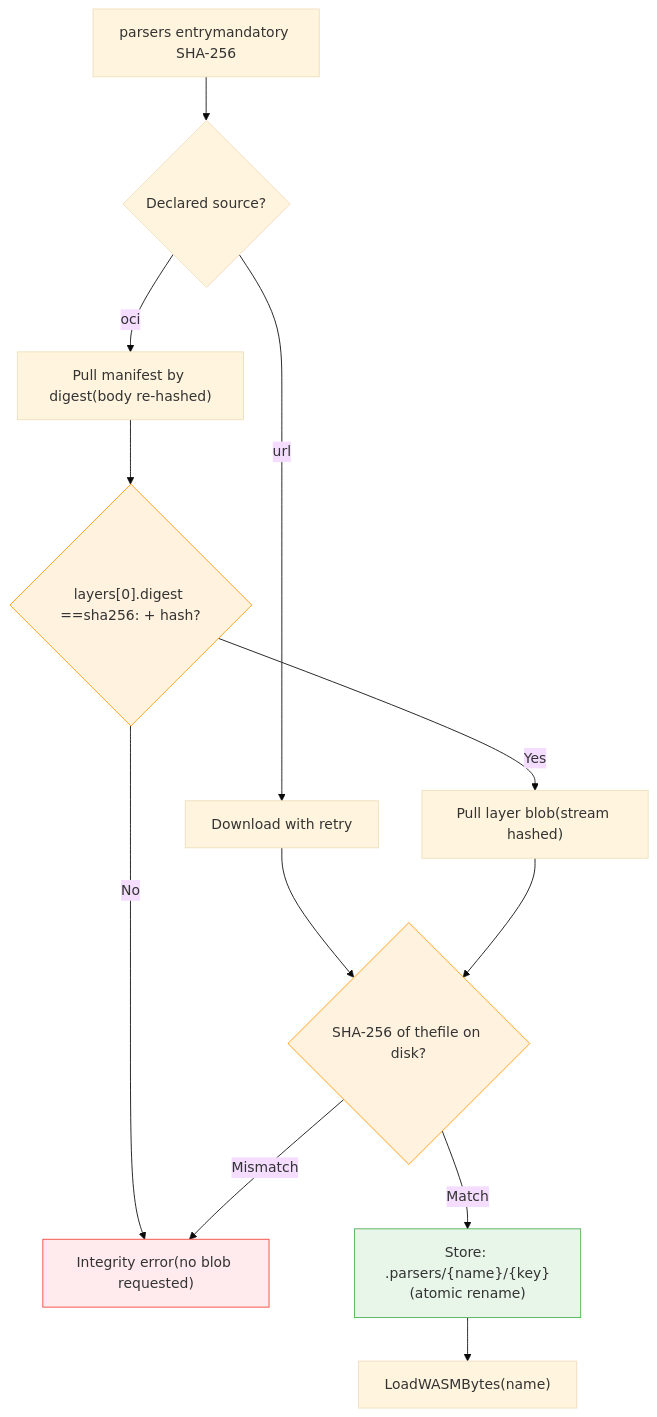
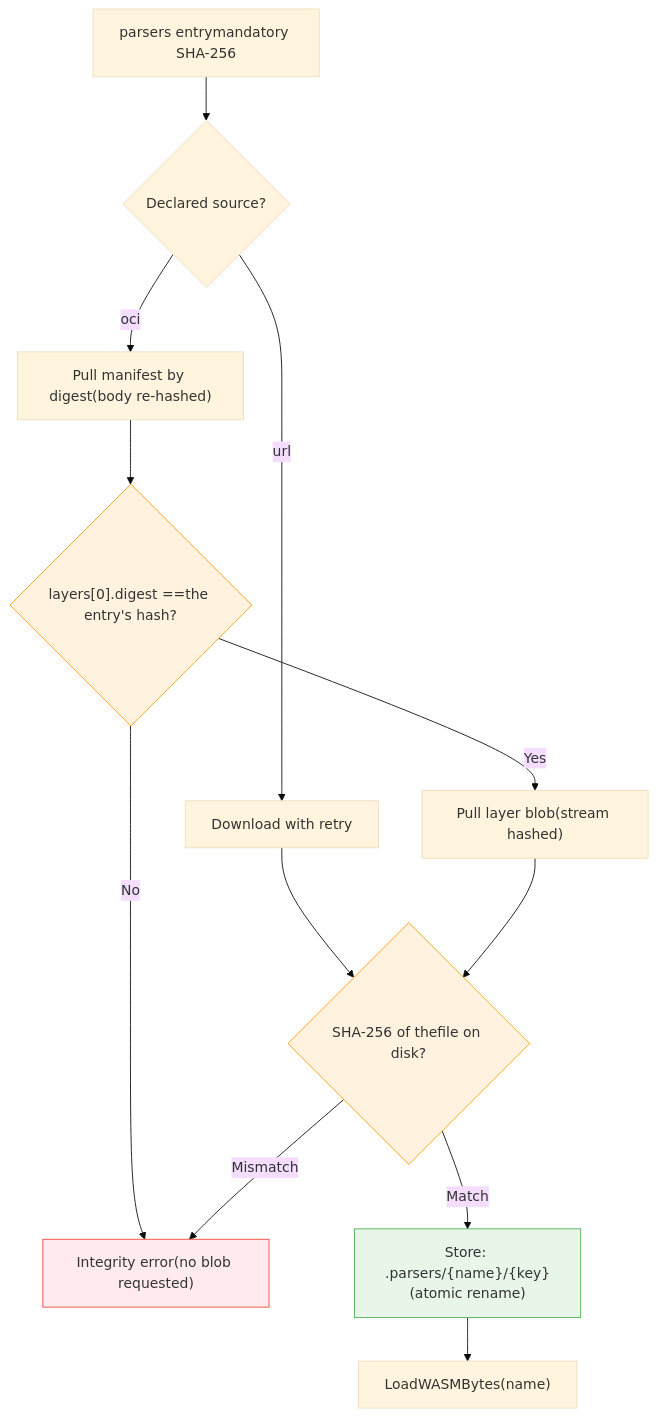
Before and after one commit to datamitsu/datamitsu: the third of 4 diagrams in internal/llmsdocs/embed/pages/guides/architecture/parsers.md, drawn with Mermaid (base theme). The commit also changed other lines of this file and 169 other files, not shown here.

First line of the commit message:
refactor(digest)!: unify every hash behind internal/digest with canonical alg:value pins (#369)

````diff
--- a/internal/llmsdocs/embed/pages/guides/architecture/parsers.md
+++ b/internal/llmsdocs/embed/pages/guides/architecture/parsers.md
@@ -607,19 +607,19 @@
 ```mermaid
 graph TD
     P["parsers entrymandatory SHA-256"] --> K{"Declared source?"}
     K -->|"url"| H["Download with retry"]
     K -->|"oci"| M["Pull manifest by digest(body re-hashed)"]
-    M --> C{"layers[0].digest ==sha256: + hash?"}
+    M --> C{"layers[0].digest ==the entry's hash?"}
     C -->|"No"| X["Integrity error(no blob requested)"]
     C -->|"Yes"| B["Pull layer blob(stream hashed)"]
     H --> V{"SHA-256 of thefile on disk?"}
     B --> V
     V -->|"Mismatch"| X
     V -->|"Match"| S["Store: .parsers/{name}/{key}(atomic rename)"]
     S --> L["LoadWASMBytes(name)"]
 
     style C fill:#fff3e0,stroke:#ff9800
     style V fill:#fff3e0,stroke:#ff9800
     style X fill:#ffebee,stroke:#f44336
     style S fill:#e8f5e9,stroke:#4caf50
 ```
````
